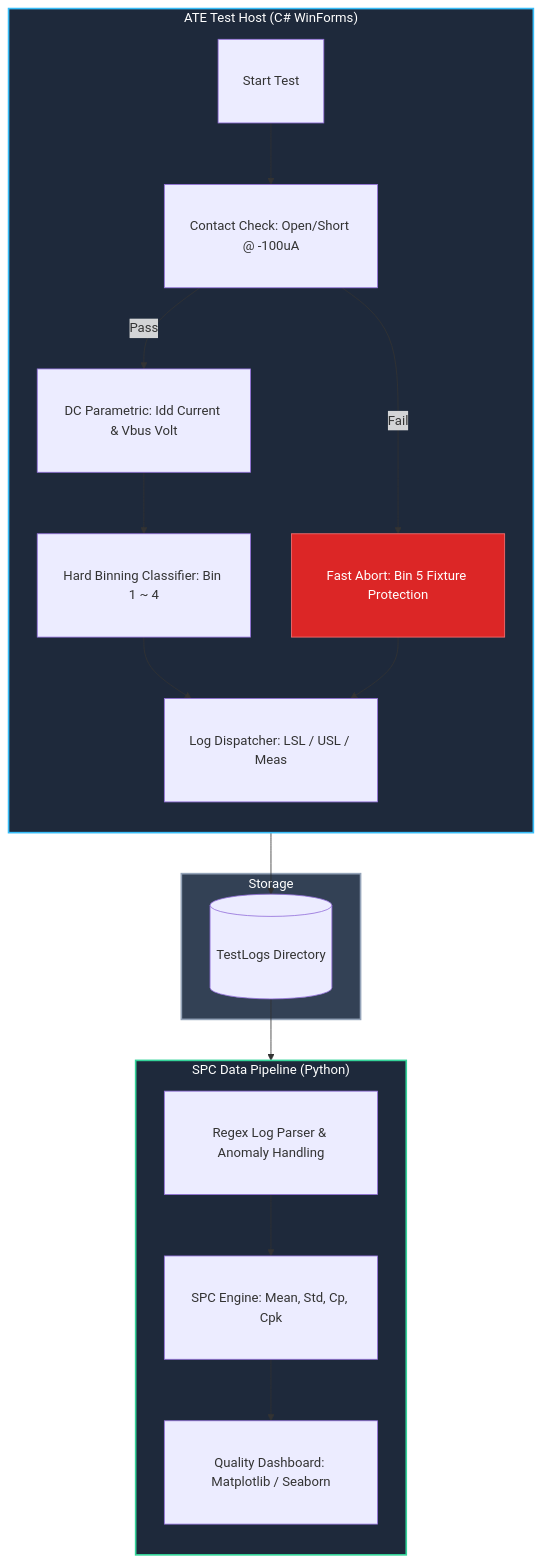
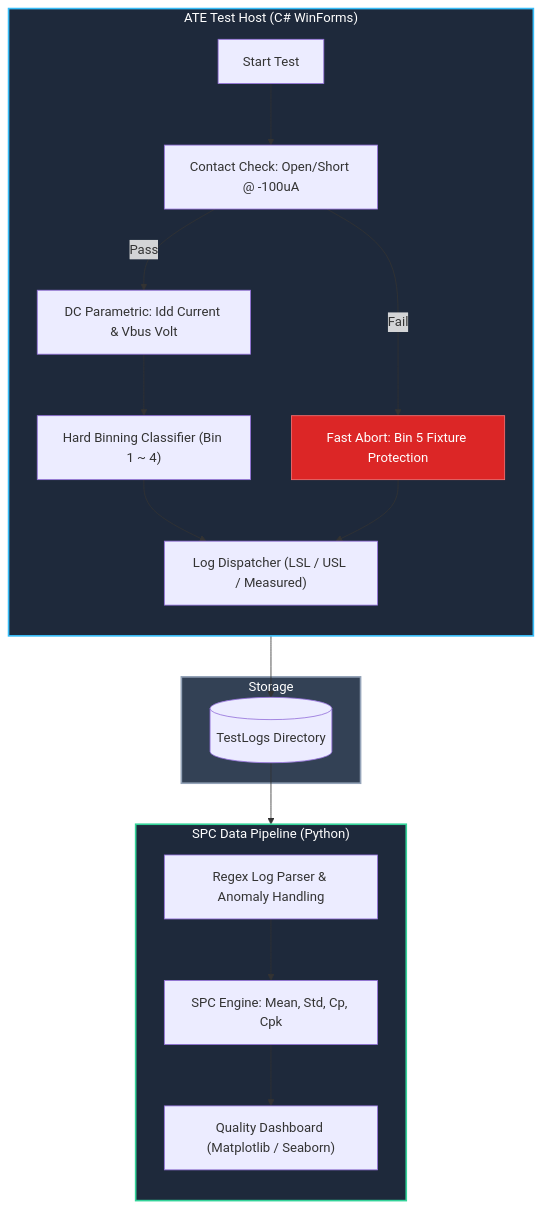
The diagram in README.md (waynewang168/Semiconductor-ATE-Control-and-SPC_up), drawn with Mermaid before and after one commit.

````diff
--- a/README.md
+++ b/README.md
@@ -13,34 +13,40 @@
 ```mermaid
 flowchart TD
-    %% 全域樣式設定：統一加寬所有節點至 260px，並增加內邊距
-    classDef wideNode min-width:260px,padding:10px
-    classDef redAlert min-width:260px,padding:10px,fill:#dc2626,stroke:#f87171,color:#fff
-
     subgraph Host["ATE Test Host (C# WinForms)"]
         direction TB
-        A["Start Test"]:::wideNode 
-        --> B["Contact Check: Open/Short @ -100uA"]:::wideNode
-        
-        B -- Fail --> B5["Fast Abort: Bin 5 Fixture Protection"]:::redAlert
-        B -- Pass --> C["DC Parametric: Idd Current & Vbus Volt"]:::wideNode
-        
-        C --> D["Hard Binning Classifier: Bin 1 ~ 4"]:::wideNode
-        D --> E["Log Dispatcher: LSL / USL / Meas"]:::wideNode
+        A["Start Test"]
+        B["Contact Check: Open/Short @ -100uA"]
+        B5["Fast Abort: Bin 5 Fixture Protection"]
+        C["DC Parametric: Idd Current & Vbus Volt"]
+        D["Hard Binning Classifier (Bin 1 ~ 4)"]
+        E["Log Dispatcher (LSL / USL / Measured)"]
+
+        A --> B
+        B -- Fail --> B5
+        B -- Pass --> C
+        C --> D
+        D --> E
         B5 --> E
     end
 
     subgraph Storage["Storage"]
-        E --> F[("TestLogs Directory")]:::wideNode
+        F[("TestLogs Directory")]
+        E --> F
     end
 
     subgraph Analytics["SPC Data Pipeline (Python)"]
         direction TB
-        F --> G["Regex Log Parser & Anomaly Handling"]:::wideNode
-        G --> H["SPC Engine: Mean, Std, Cp, Cpk"]:::wideNode
-        H --> I["Quality Dashboard: Matplotlib / Seaborn"]:::wideNode
+        G["Regex Log Parser & Anomaly Handling"]
+        H["SPC Engine: Mean, Std, Cp, Cpk"]
+        I["Quality Dashboard (Matplotlib / Seaborn)"]
+
+        F --> G
+        G --> H
+        H --> I
     end
 
     style Host fill:#1e293b,stroke:#38bdf8,stroke-width:2px,color:#fff
     style Analytics fill:#1e293b,stroke:#34d399,stroke-width:2px,color:#fff
     style Storage fill:#334155,stroke:#94a3b8,stroke-width:2px,color:#fff
+    style B5 fill:#dc2626,stroke:#f87171,color:#fff
 ```
````
